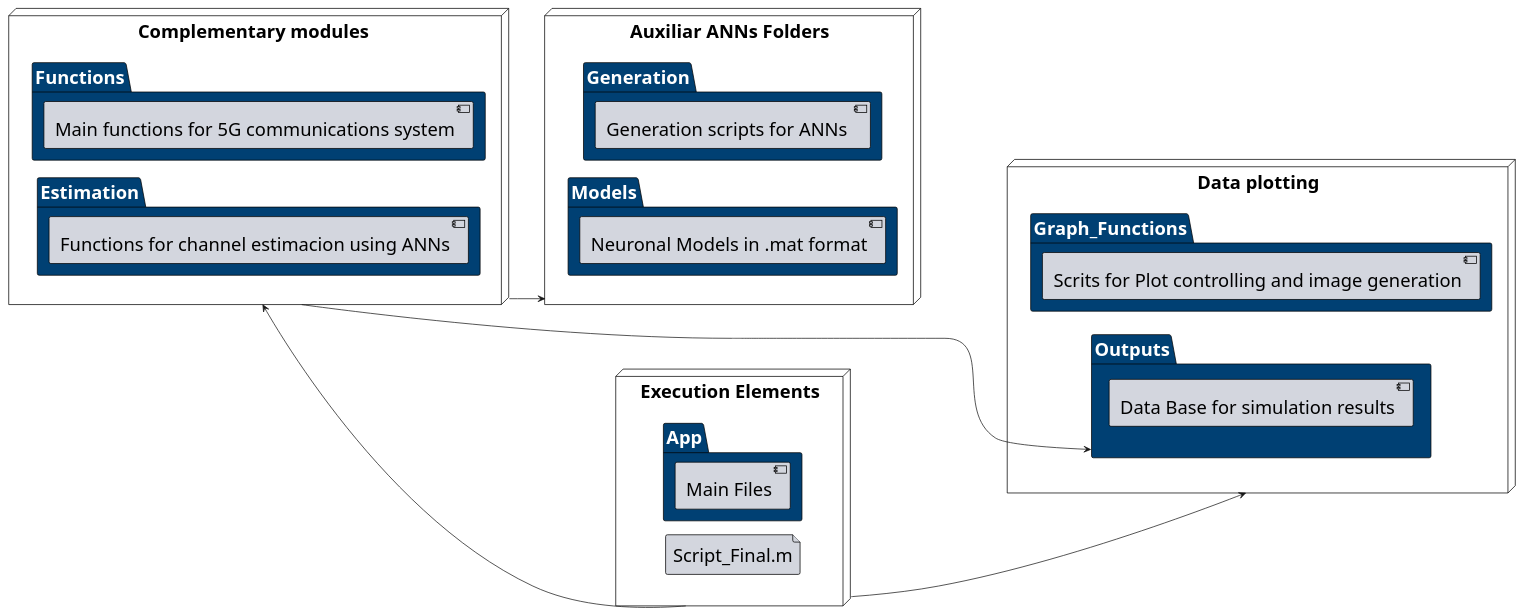
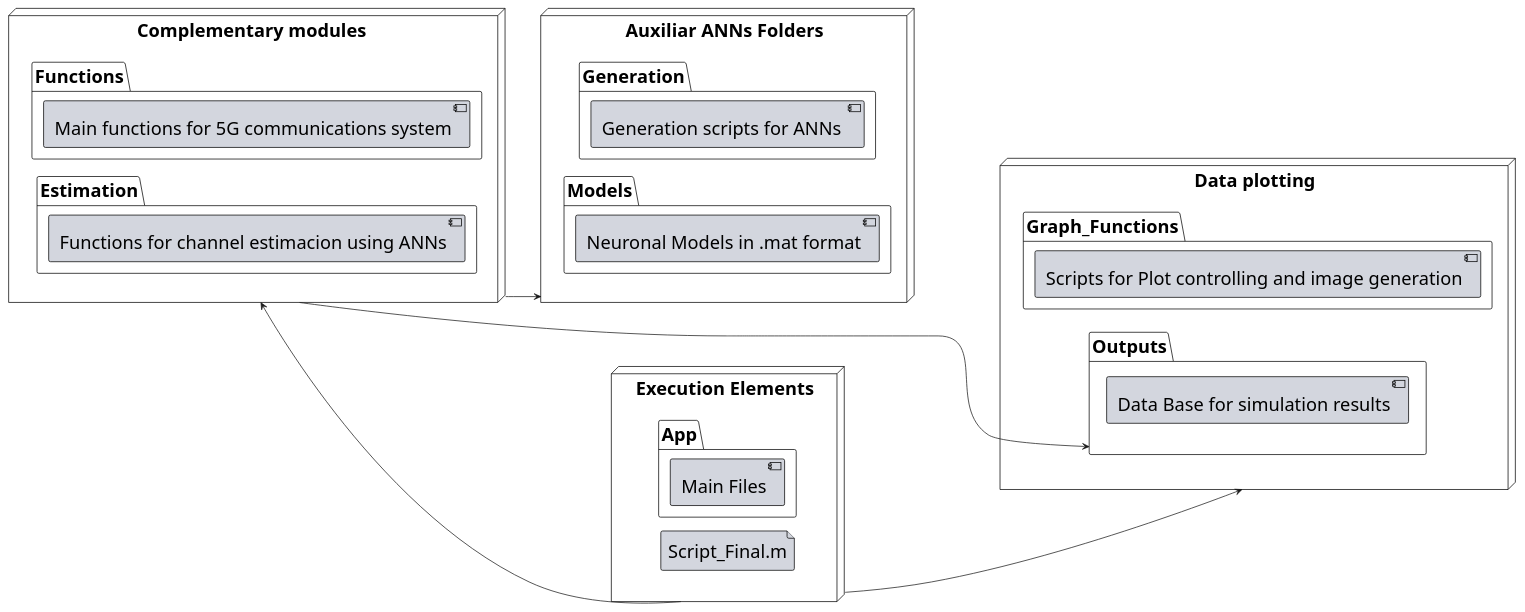
Before and after one commit to MiguelAFuentesR/5GNR: the diagram in Doc/FolderStructure.plantuml, drawn with PlantUML. The commit also changed 16 other files, not shown here.

```diff
--- a/Doc/FolderStructure.plantuml
+++ b/Doc/FolderStructure.plantuml
@@ -1,109 +1,109 @@
 @startuml FolderStructure
 left to right direction
 'top to bottom direction
 
 
 skinparam defaultFontName Segoe UI
 skinparam defaultFontSize 25
 scale 1800*1800
 
 <style>
     node {
         Fontcolor #000000
         LineThickness 1
         LineColor black
     }
     folder {
-        Fontcolor  #FFFFFF
-        BackGroundColor #004073
+        Fontcolor  #000000
+        'BackGroundColor #004073
         LineThickness 1
         LineColor black
     }
     package {
         BackGroundColor #12bdb9
         LineThickness 1
         LineColor black
     }
 
     file {
         BackGroundColor #d3d6de
         LineThickness 1
         LineColor black
     }
 
     component{
         BackGroundColor #d3d6de
         LineThickness 1
         LineColor black
     }
 </style>
 
 node "Data plotting" as "Storage"{
     folder "Graph_Functions" {
-        [Scrits for Plot controlling and image generation]
+        [Scripts for Plot controlling and image generation]
         ' file "about_us.mlp"
         ' file "NR5G.mlap"
     }
     folder "Outputs" {
         [Data Base for simulation results]
         '  file "about_uspp"
         ' file "NR5G.mp"
     }
 }
 together {
 node "Auxiliar ANNs Folders" as "Aux_folder"{
     folder "Generation" {
         [Generation scripts for ANNs ]
     }
     folder "Models" {
         [Neuronal Models in .mat format]
         ' file "bouus.mlapp"
         ' file "R5G.mlapp"
     }
 }
 
 node "Complementary modules " as "Complements"{
     folder "Functions" {
         [Main functions for 5G communications system]
         ' file "bout_us.mlapp"
         'file "R5G.mlapp"
     }
     folder "Estimation" {
         [Functions for channel estimacion using ANNs]
         'file "aboutus.mlapp"
         ' file "NR5.mlapp"
     }
 }
 }
 node "Execution Elements" as "Execution"{
     folder "App" {
         [Main Files]
         
         ' file "NR5G.mlapp"
         '  file "Complet_Simulation.m"
         '  file "App_Waterfall_Estimation_Time.m"
         '  file "Init_Parameters.m"
     }
     file Script_Final.m
 }
 
 'Define Relations
 /'
 -left-> left
 -right-> right
 -up-> up
 -down-> down
 Functions --left-> Outputs
 
 Graph_Functions -> Outputs
 
 Aux_folder -> Complements
 
 '/
 
 Complements <--down-  Execution
 Complements ---> Aux_folder
 Execution ----> Storage
 Complements ------> Outputs
 
 @enduml
```
